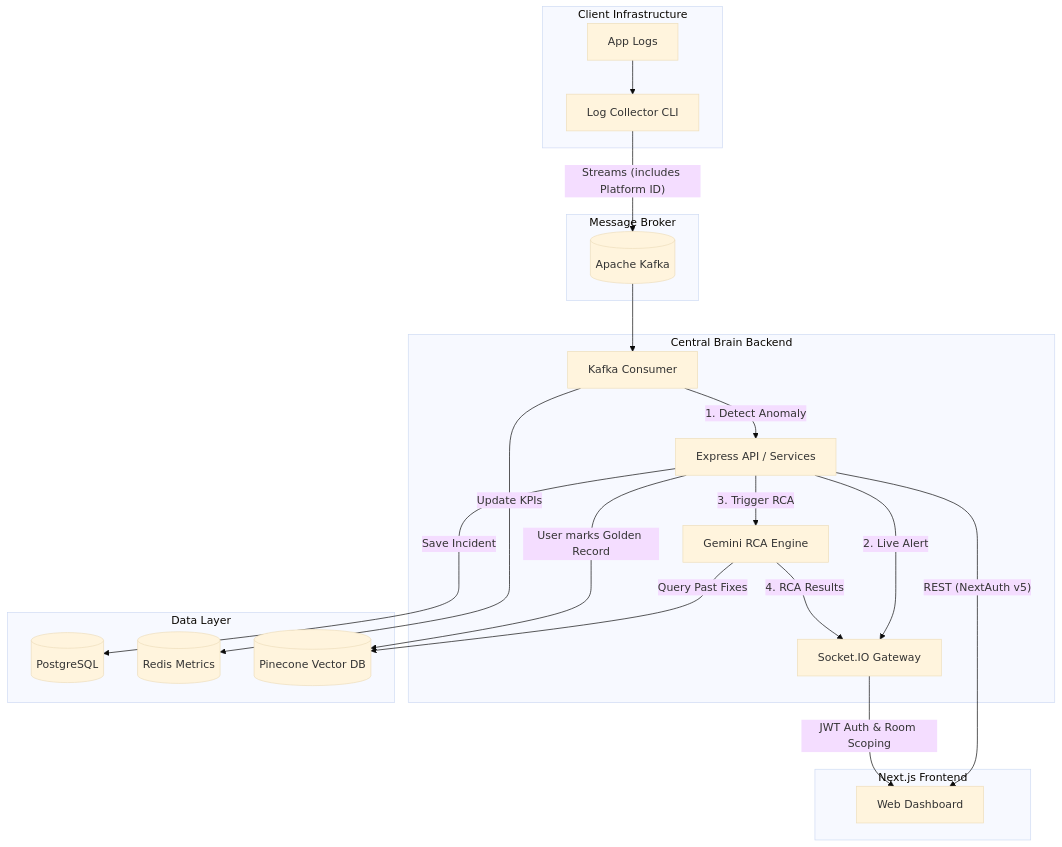
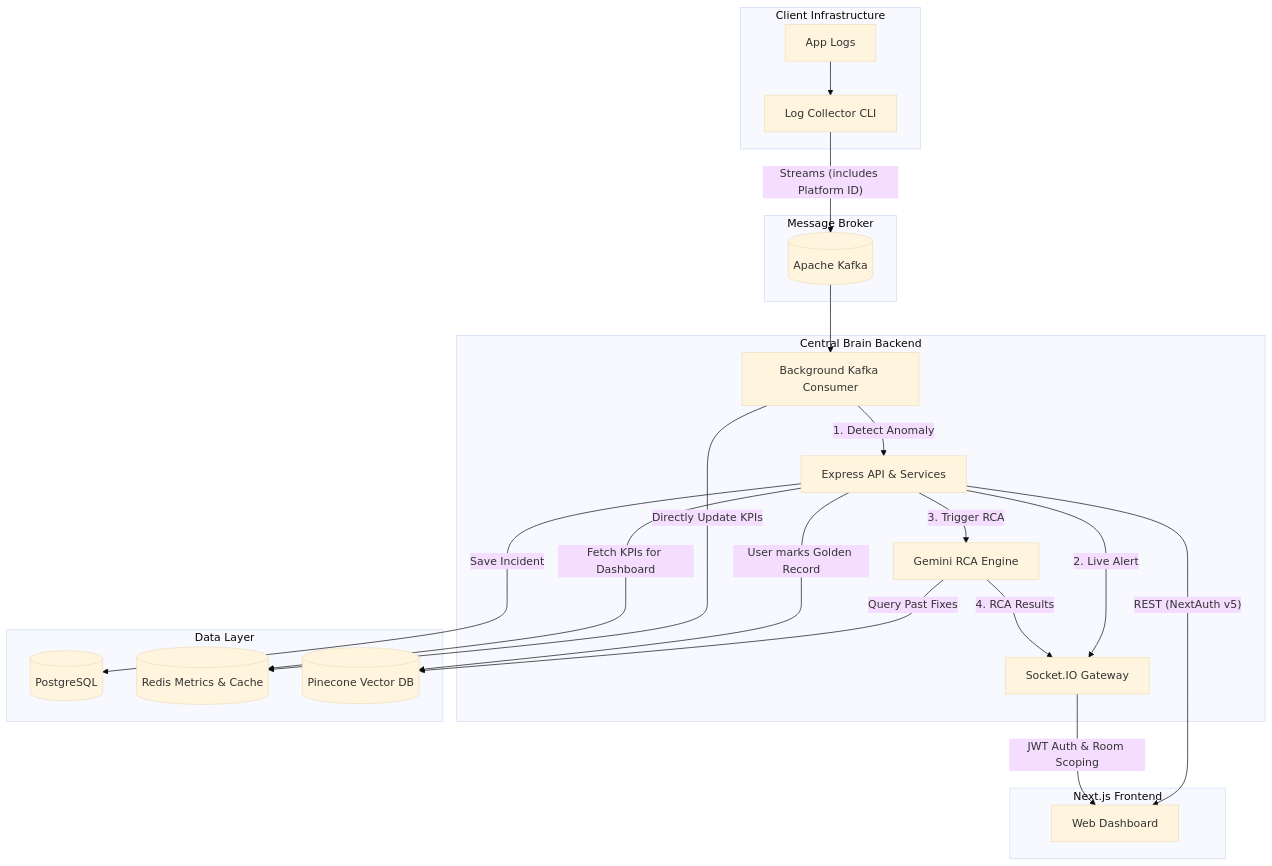
The diagram in README.md (jithendrajasti/AIOPS-SENTINEL), drawn with Mermaid (base theme) before and after one commit. The commit also changed 3 other files, not shown here.

````diff
--- a/README.md
+++ b/README.md
@@ -33,43 +33,45 @@
 ```mermaid
 graph TD
     subgraph Client Infrastructure
+        APP[App Logs]
         LC[Log Collector CLI]
-        APP[App Logs]
         APP --> LC
     end
 
     subgraph Message Broker
         KAFKA[(Apache Kafka)]
         LC -- "Streams (includes Platform ID)" --> KAFKA
     end
 
     subgraph Central Brain Backend
-        CONSUMER[Kafka Consumer]
-        API[Express API / Services]
+        CONSUMER[Background Kafka Consumer]
+        API[Express API & Services]
         SOCKETS[Socket.IO Gateway]
         AI[Gemini RCA Engine]
         
         KAFKA --> CONSUMER
         CONSUMER -- "1. Detect Anomaly" --> API
         API -- "2. Live Alert" --> SOCKETS
         API -- "3. Trigger RCA" --> AI
         AI -- "4. RCA Results" --> SOCKETS
     end
 
     subgraph Data Layer
         PG[(PostgreSQL)]
-        REDIS[(Redis Metrics)]
+        REDIS[(Redis Metrics & Cache)]
         PINECONE[(Pinecone Vector DB)]
-        
-        CONSUMER -- "Update KPIs" --> REDIS
-        API -- "Save Incident" --> PG
-        AI -- "Query Past Fixes" --> PINECONE
-        API -- "User marks Golden Record" --> PINECONE
     end
+
+    %% Data Connections
+    CONSUMER -- "Directly Update KPIs" --> REDIS
+    API -- "Fetch KPIs for Dashboard" --> REDIS
+    API -- "Save Incident" --> PG
+    AI -- "Query Past Fixes" --> PINECONE
+    API -- "User marks Golden Record" --> PINECONE
 
     subgraph Next.js Frontend
         UI[Web Dashboard]
         API -- "REST (NextAuth v5)" --> UI
         SOCKETS -- "JWT Auth & Room Scoping" --> UI
     end
 ```
````
